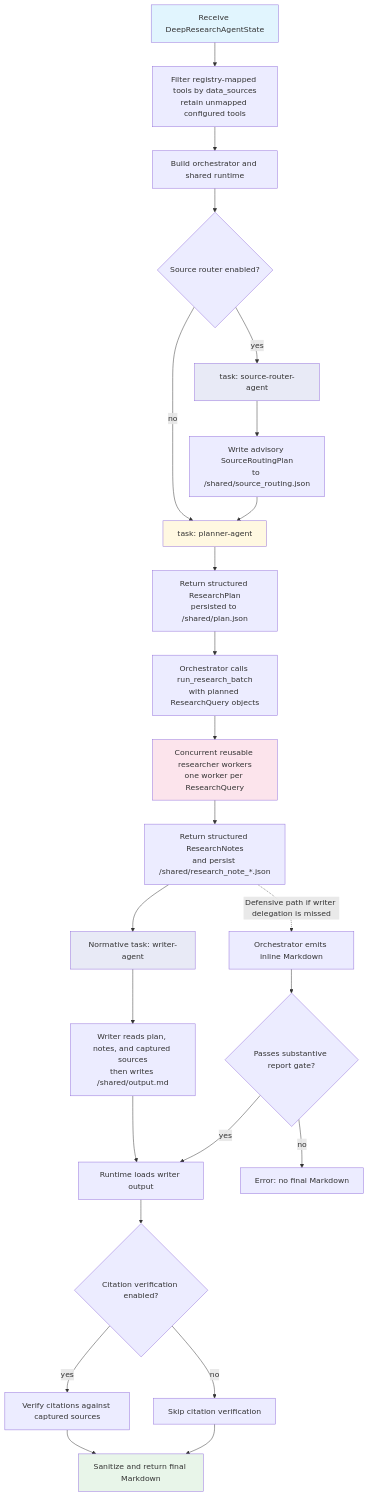
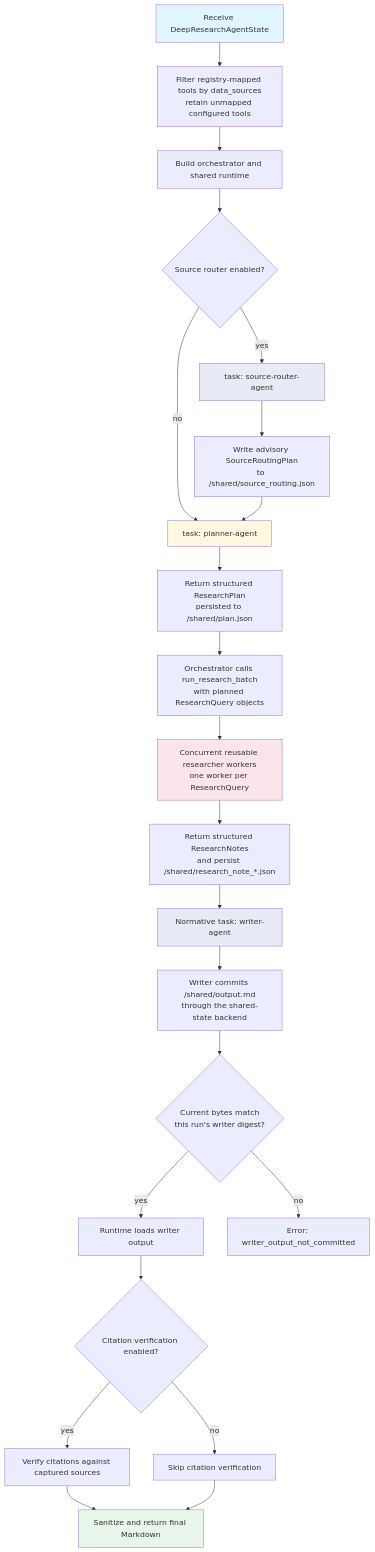
Before and after one commit to KyleZheng1284/aiq-research-assistant-kyle-fork: the first of 2 diagrams in docs/source/architecture/agents/deep-researcher.md, drawn with Mermaid. The commit also changed other lines of this file and 7 other files, not shown here.

Commit message:
fix(deep-research): require writer-committed final reports

````diff
--- a/docs/source/architecture/agents/deep-researcher.md
+++ b/docs/source/architecture/agents/deep-researcher.md
@@ -29,33 +29,31 @@
 ```mermaid
 graph TD
     A[Receive DeepResearchAgentState] --> B[Filter registry-mapped tools by data_sources<br/>retain unmapped configured tools]
     B --> C[Build orchestrator and shared runtime]
     C --> D{Source router enabled?}
     D -->|yes| E[task: source-router-agent]
     E --> F[Write advisory SourceRoutingPlan<br/>to /shared/source_routing.json]
     D -->|no| G[task: planner-agent]
     F --> G
     G --> H[Return structured ResearchPlan<br/>persisted to /shared/plan.json]
     H --> I[Orchestrator calls run_research_batch<br/>with planned ResearchQuery objects]
     I --> J[Concurrent reusable researcher workers<br/>one worker per ResearchQuery]
     J --> K[Return structured ResearchNotes<br/>and persist /shared/research_note_*.json]
     K --> L[Normative task: writer-agent]
-    L --> M[Writer reads plan, notes, and captured sources<br/>then writes /shared/output.md]
-    M --> O[Runtime loads writer output]
-    K -.->|Defensive path if writer delegation is missed| S[Orchestrator emits inline Markdown]
-    S --> U{Passes substantive report gate?}
-    U -->|yes| O
-    U -->|no| V[Error: no final Markdown]
+    L --> M[Writer commits /shared/output.md<br/>through the shared-state backend]
+    M --> N{Current bytes match<br/>this run's writer digest?}
+    N -->|yes| O[Runtime loads writer output]
+    N -->|no| V[Error: writer_output_not_committed]
     O --> T{Citation verification enabled?}
     T -->|yes| P[Verify citations against captured sources]
     T -->|no| Q[Skip citation verification]
     P --> R[Sanitize and return final Markdown]
     Q --> R
 
     style A fill:#e1f5fe
     style E fill:#e8eaf6
     style G fill:#fff8e1
     style J fill:#fce4ec
     style L fill:#e8eaf6
     style R fill:#e8f5e9
 ```
````
